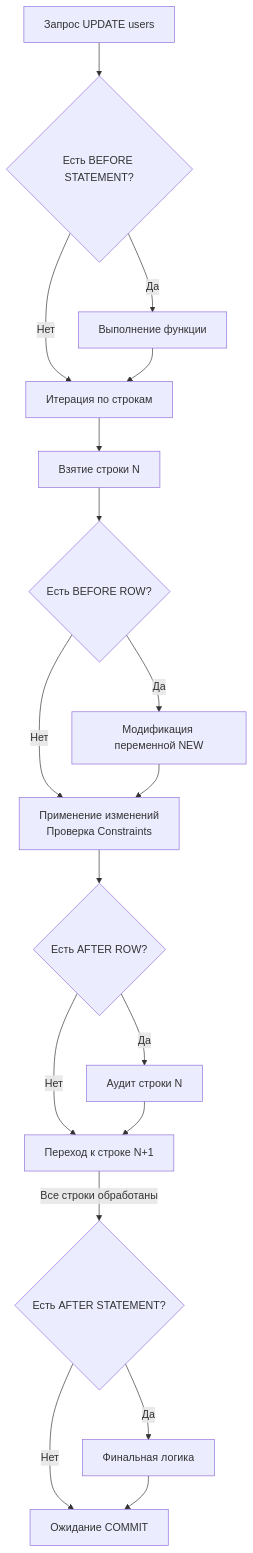
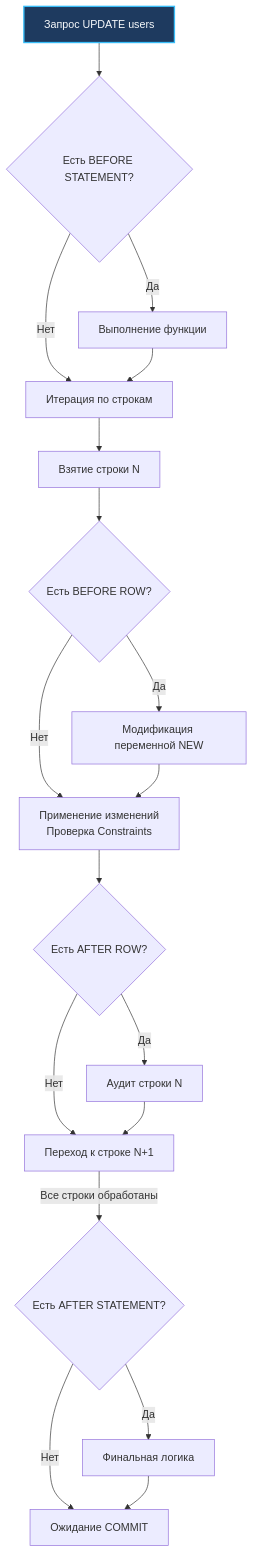
The diagram in sources/12. Базы данных/03. SQL продвинутый/11. Триггеры.md (UnrealTemplier/go-textbook), drawn with Mermaid before and after one commit. The commit also changed 1666 other files, not shown here.

First line of the commit message:
feat(mermaid): add semantic color classDef to 1369 colorless flowchart/graph diagrams

````diff
--- a/sources/12. Базы данных/03. SQL продвинутый/11. Триггеры.md
+++ b/sources/12. Базы данных/03. SQL продвинутый/11. Триггеры.md
@@ -29,23 +29,33 @@
 ```mermaid
 flowchart TD
-    Start["Запрос UPDATE users"] --> CheckBeforeS{"Есть BEFORE STATEMENT?"}
+    classDef process  fill:#1e293b,stroke:#38bdf8,stroke-width:1px,color:#f8fafc
+    classDef success  fill:#064e3b,stroke:#34d399,stroke-width:1px,color:#f8fafc
+    classDef error    fill:#7f1d1d,stroke:#f87171,stroke-width:1px,color:#f8fafc
+    classDef warning  fill:#78350f,stroke:#fbbf24,stroke-width:1px,color:#f8fafc
+    classDef entry    fill:#1e3a5f,stroke:#38bdf8,stroke-width:2px,color:#f8fafc
+    classDef aux      fill:#334155,stroke:#64748b,stroke-width:1px,color:#f8fafc
+    classDef system   fill:#312e81,stroke:#a78bfa,stroke-width:1px,color:#f8fafc
+    classDef data     fill:#132d29,stroke:#2dd4bf,stroke-width:1px,color:#f8fafc
+    classDef network  fill:#881337,stroke:#fb7185,stroke-width:1px,color:#f8fafc
+    classDef accent   fill:#1e1b4b,stroke:#818cf8,stroke-width:1px,color:#f8fafc
+    Start["Запрос UPDATE users"]:::entry --> CheckBeforeS{"Есть BEFORE STATEMENT?"}
     CheckBeforeS -->|Да| ExecBeforeS["Выполнение функции"]
     CheckBeforeS -->|Нет| LoopRows["Итерация по строкам"]
     ExecBeforeS --> LoopRows
     
     LoopRows --> RowStart["Взятие строки N"]
     RowStart --> CheckBeforeR{"Есть BEFORE ROW?"}
     CheckBeforeR -->|Да| ExecBeforeR["Модификация переменной NEW"]
     CheckBeforeR -->|Нет| Mutate["Применение изменений<br>Проверка Constraints"]
     ExecBeforeR --> Mutate
     
     Mutate --> CheckAfterR{"Есть AFTER ROW?"}
     CheckAfterR -->|Да| ExecAfterR["Аудит строки N"]
     CheckAfterR -->|Нет| RowEnd["Переход к строке N+1"]
     ExecAfterR --> RowEnd
     
     RowEnd -->|Все строки обработаны| CheckAfterS{"Есть AFTER STATEMENT?"}
     CheckAfterS -->|Да| ExecAfterS["Финальная логика"]
     CheckAfterS -->|Нет| Commit["Ожидание COMMIT"]
     ExecAfterS --> Commit
 ```
````
